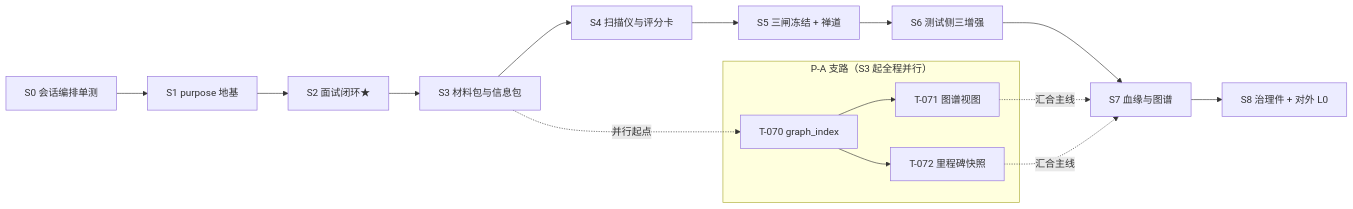
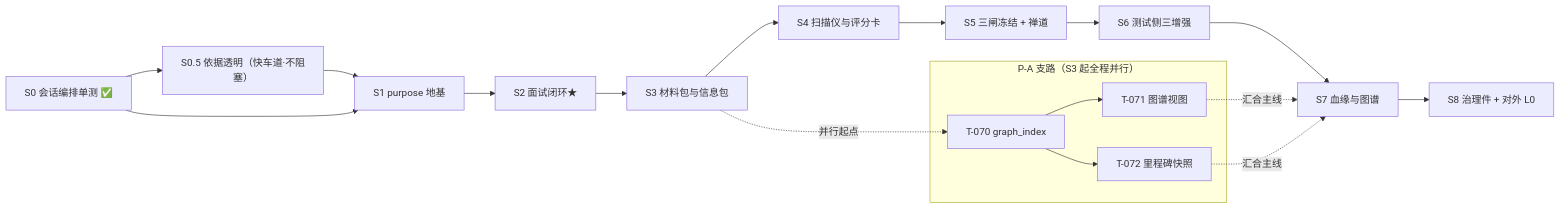
The diagram in docs/远期设计/SpecGuard-总控文档.md (caiyfa/spec-guard), drawn with Mermaid before and after one commit. The commit also changed other lines of this file and 7 other files, not shown here.

````diff
--- a/docs/远期设计/SpecGuard-总控文档.md
+++ b/docs/远期设计/SpecGuard-总控文档.md
@@ -66,21 +74,23 @@
 ```mermaid
 flowchart LR
-  S0["S0 会话编排单测"] --> S1["S1 purpose 地基"]
+  S0["S0 会话编排单测 ✅"] --> S05["S0.5 依据透明（快车道·不阻塞）"]
+  S05 --> S1["S1 purpose 地基"]
+  S0 --> S1
   S1 --> S2["S2 面试闭环★"]
   S2 --> S3["S3 材料包与信息包"]
   S3 --> S4["S4 扫描仪与评分卡"]
   S4 --> S5["S5 三闸冻结 + 禅道"]
   S5 --> S6["S6 测试侧三增强"]
   S6 --> S7["S7 血缘与图谱"]
   S7 --> S8["S8 治理件 + 对外 L0"]
   subgraph PA["P-A 支路（S3 起全程并行）"]
     P70["T-070 graph_index"]
     P71["T-071 图谱视图"]
     P72["T-072 里程碑快照"]
     P70 --> P71
     P70 --> P72
   end
   S3 -. 并行起点 .-> P70
   P71 -. 汇合主线 .-> S7
   P72 -. 汇合主线 .-> S7
 ```
````
